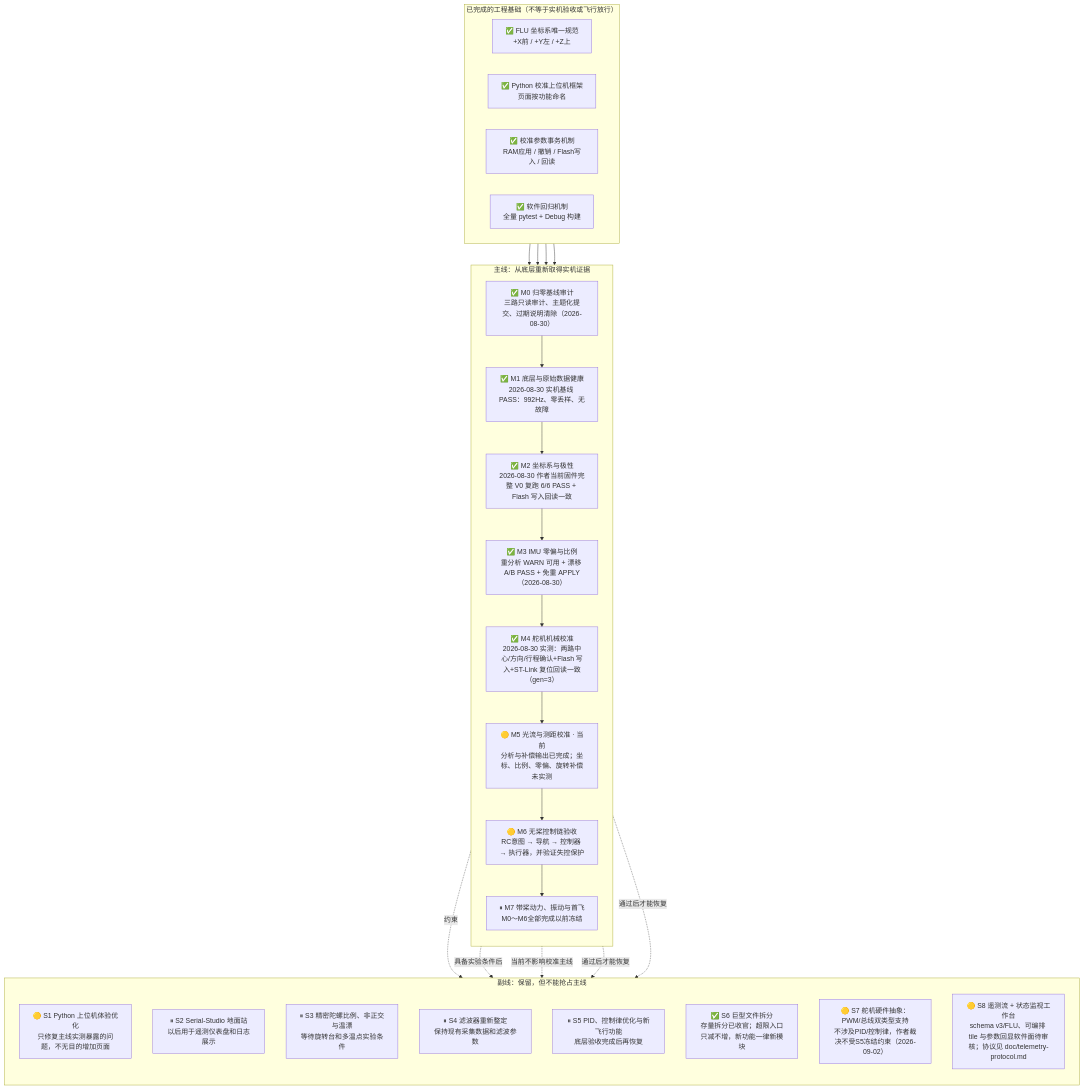
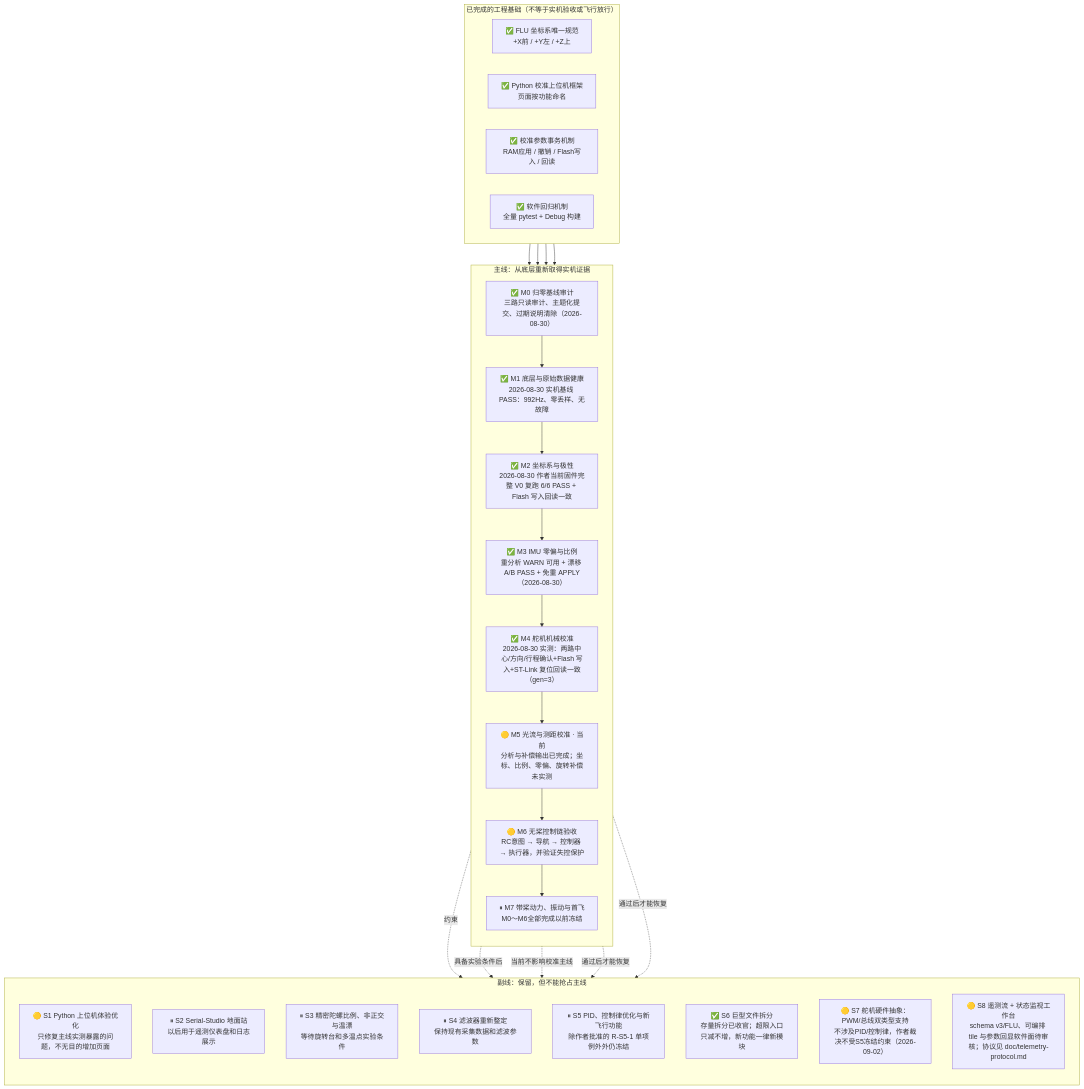
Before and after one commit to ThroneTLE/drone-H743: the diagram in PIPELINE.md, drawn with Mermaid. The commit also changed other lines of this file and 62 other files, not shown here.

````diff
--- a/PIPELINE.md
+++ b/PIPELINE.md
@@ -16,46 +16,46 @@
 ```mermaid
 flowchart TB
     subgraph BASE["已完成的工程基础（不等于实机验收或飞行放行）"]
         direction LR
         B1["✅ FLU 坐标系唯一规范<br/>+X前 / +Y左 / +Z上"]
         B2["✅ Python 校准上位机框架<br/>页面按功能命名"]
         B3["✅ 校准参数事务机制<br/>RAM应用 / 撤销 / Flash写入 / 回读"]
         B4["✅ 软件回归机制<br/>全量 pytest + Debug 构建"]
     end
 
     subgraph MAIN["主线：从底层重新取得实机证据"]
         direction TB
         M0["✅ M0 归零基线审计<br/>三路只读审计、主题化提交、过期说明清除（2026-08-30）"]
         M1["✅ M1 底层与原始数据健康<br/>2026-08-30 实机基线 PASS：992Hz、零丢样、无故障"]
         M2["✅ M2 坐标系与极性<br/>2026-08-30 作者当前固件完整 V0 复跑 6/6 PASS + Flash 写入回读一致"]
         M3["✅ M3 IMU 零偏与比例<br/>重分析 WARN 可用 + 漂移 A/B PASS + 免重 APPLY（2026-08-30）"]
         M4["✅ M4 舵机机械校准<br/>2026-08-30 实测：两路中心/方向/行程确认+Flash 写入+ST-Link 复位回读一致（gen=3）"]
         M5["🟡 M5 光流与测距校准 · 当前<br/>分析与补偿输出已完成；坐标、比例、零偏、旋转补偿未实测"]
         M6["🟡 M6 无桨控制链验收<br/>RC意图 → 导航 → 控制器 → 执行器，并验证失控保护"]
         M7["⏸ M7 带桨动力、振动与首飞<br/>M0～M6全部完成以前冻结"]
         M0 --> M1 --> M2 --> M3 --> M4 --> M5 --> M6 --> M7
     end
 
     B1 --> M0
     B2 --> M0
     B3 --> M0
     B4 --> M0
 
     subgraph SIDE["副线：保留，但不能抢占主线"]
         direction TB
         S1["🟡 S1 Python 上位机体验优化<br/>只修复主线实测暴露的问题，不无目的增加页面"]
         S2["⏸ S2 Serial-Studio 地面站<br/>以后用于遥测仪表盘和日志展示"]
         S3["⏸ S3 精密陀螺比例、非正交与温漂<br/>等待旋转台和多温点实验条件"]
         S4["⏸ S4 滤波器重新整定<br/>保持现有采集数据和滤波参数"]
-        S5["⏸ S5 PID、控制律优化与新飞行功能<br/>底层验收完成后再恢复"]
+        S5["⏸ S5 PID、控制律优化与新飞行功能<br/>除作者批准的 R-S5-1 单项例外外仍冻结"]
         S6["✅ S6 巨型文件拆分<br/>存量拆分已收官；超限入口只减不增，新功能一律新模块"]
         S7["🟡 S7 舵机硬件抽象：PWM/总线双类型支持<br/>不涉及PID/控制律，作者裁决不受S5冻结约束（2026-09-02）"]
         S8["🟡 S8 遥测流 + 状态监视工作台<br/>schema v3/FLU、可编排 tile 与参数回显软件面待审核；协议见 doc/telemetry-protocol.md"]
     end
 
     M0 -.约束.-> S1
     M1 -.具备实验条件后.-> S3
     M5 -.当前不影响校准主线.-> S2
     M6 -.通过后才能恢复.-> S4
     M6 -.通过后才能恢复.-> S5
 ```
````
